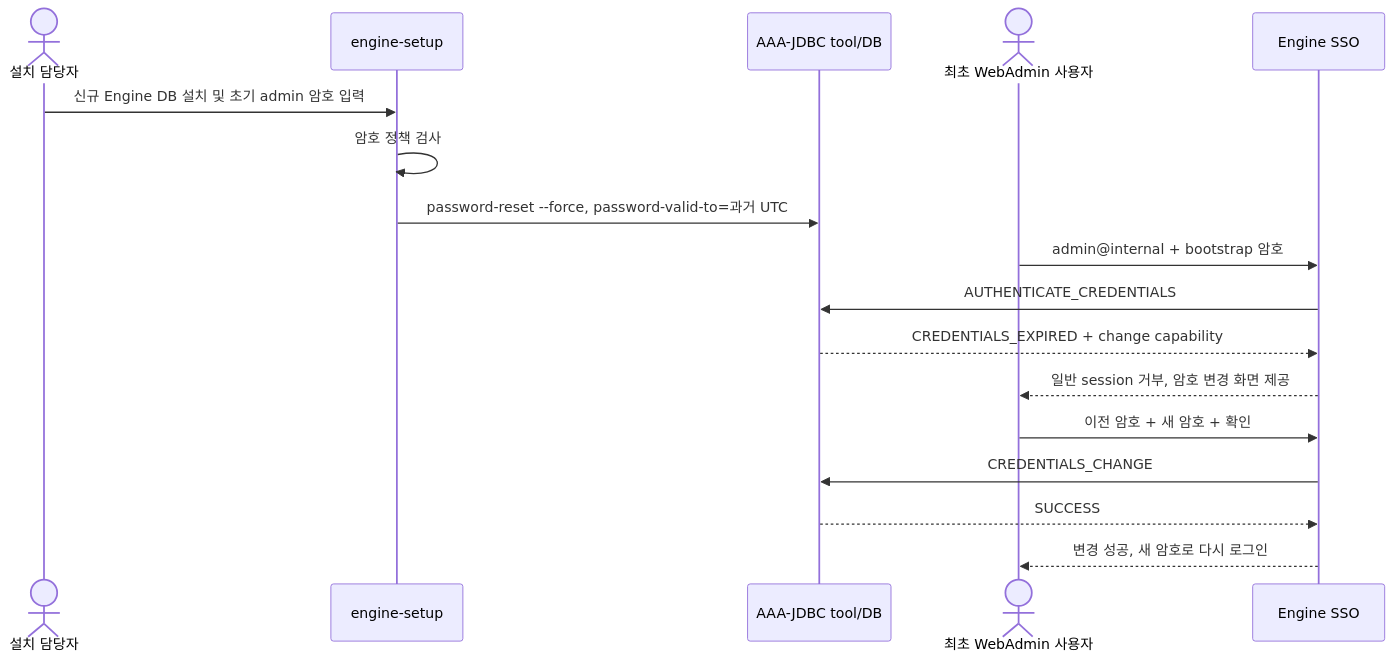
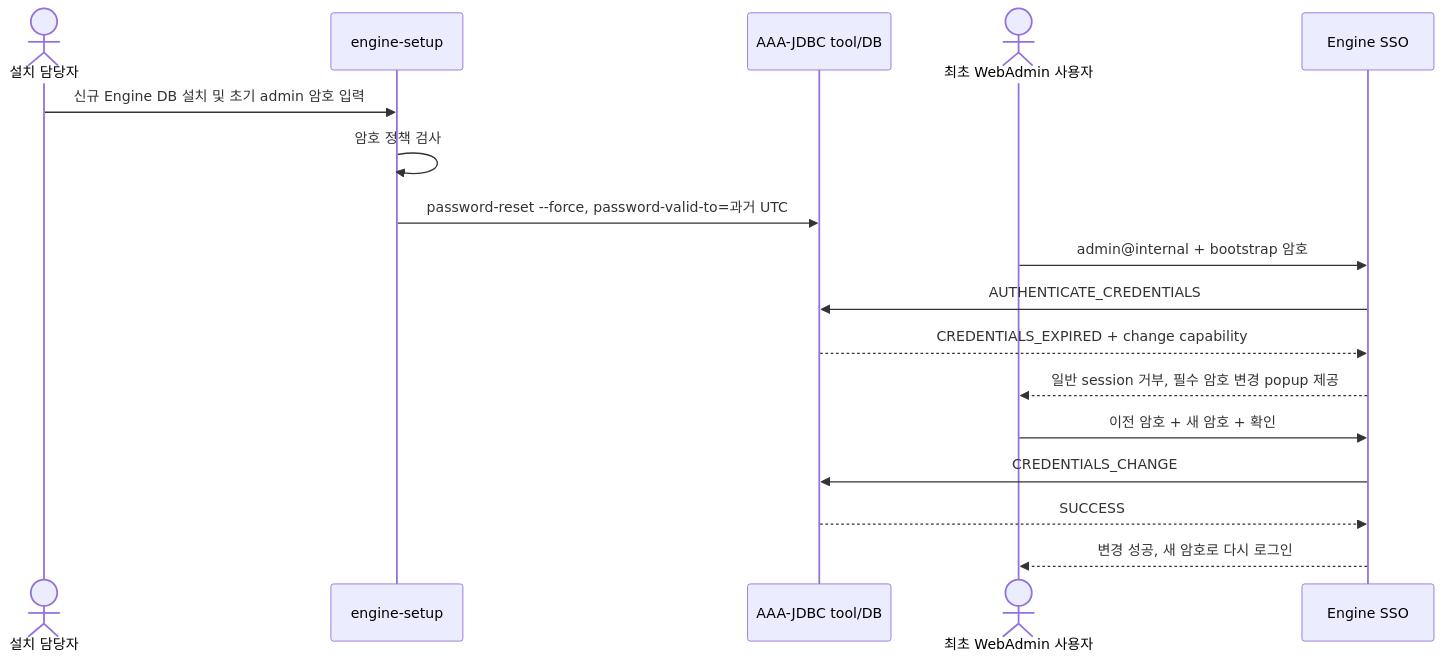
One commit to mussosinsa/ovworks4.5 changed the diagram in docs/first-webadmin-login-password-change.md. Above: the diagram before and after it, drawn with Mermaid. The commit also changed other lines of this file and 1 other file, not shown here.

````diff
--- a/docs/first-webadmin-login-password-change.md
+++ b/docs/first-webadmin-login-password-change.md
@@ -19,20 +19,20 @@
 ```mermaid
 sequenceDiagram
     actor I as 설치 담당자
     participant E as engine-setup
     participant J as AAA-JDBC tool/DB
     actor U as 최초 WebAdmin 사용자
     participant S as Engine SSO
 
     I->>E: 신규 Engine DB 설치 및 초기 admin 암호 입력
     E->>E: 암호 정책 검사
     E->>J: password-reset --force, password-valid-to=과거 UTC
     U->>S: admin@internal + bootstrap 암호
     S->>J: AUTHENTICATE_CREDENTIALS
     J-->>S: CREDENTIALS_EXPIRED + change capability
-    S-->>U: 일반 session 거부, 암호 변경 화면 제공
+    S-->>U: 일반 session 거부, 필수 암호 변경 popup 제공
     U->>S: 이전 암호 + 새 암호 + 확인
     S->>J: CREDENTIALS_CHANGE
     J-->>S: SUCCESS
     S-->>U: 변경 성공, 새 암호로 다시 로그인
 ```
````
